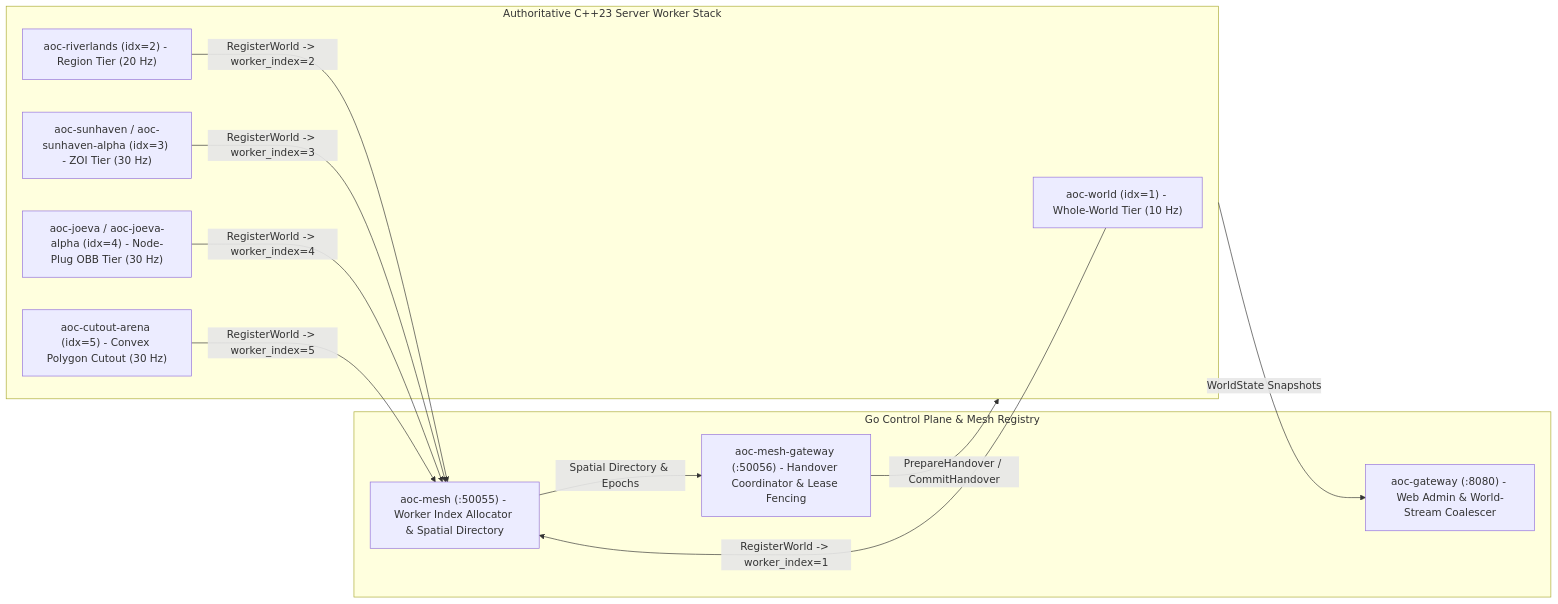
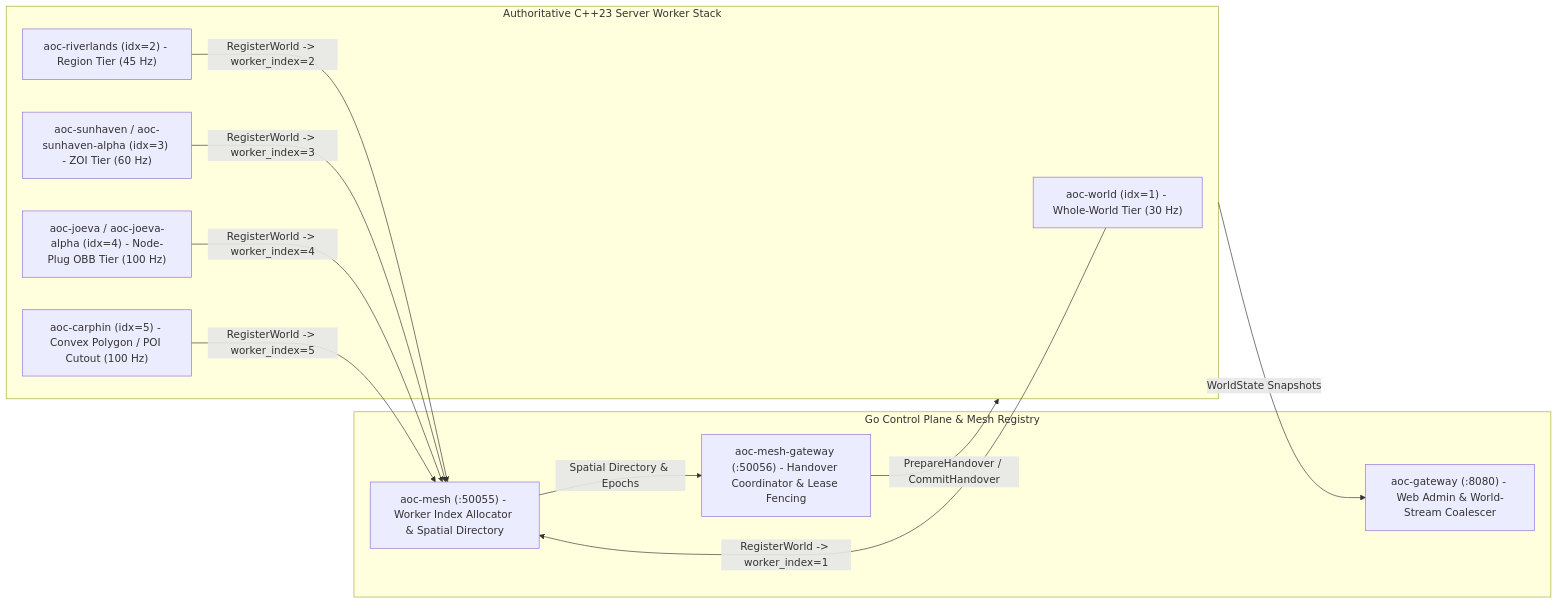
Before and after one commit to debuggin/SandalCore: the first of 2 diagrams in docs/SERVER_WORKERS.md, drawn with Mermaid. The commit also changed other lines of this file and 114 other files, not shown here.

First line of the commit message:
feat(world-admin): add Verra calendar, tier 5/6 layouts & 26-plan bots

````diff
--- a/docs/SERVER_WORKERS.md
+++ b/docs/SERVER_WORKERS.md
@@ -66,25 +66,25 @@
 ```mermaid
 flowchart LR
     subgraph ControlPlane["Go Control Plane & Mesh Registry"]
         Mesh["aoc-mesh (:50055) - Worker Index Allocator & Spatial Directory"]
         Gateway["aoc-mesh-gateway (:50056) - Handover Coordinator & Lease Fencing"]
         AdminGw["aoc-gateway (:8080) - Web Admin & World-Stream Coalescer"]
     end
 
     subgraph WorkerStack["Authoritative C++23 Server Worker Stack"]
-        WWorld["aoc-world (idx=1) - Whole-World Tier (10 Hz)"]
-        WRegion["aoc-riverlands (idx=2) - Region Tier (20 Hz)"]
-        WZOI["aoc-sunhaven / aoc-sunhaven-alpha (idx=3) - ZOI Tier (30 Hz)"]
-        WPlug["aoc-joeva / aoc-joeva-alpha (idx=4) - Node-Plug OBB Tier (30 Hz)"]
-        WPoly["aoc-cutout-arena (idx=5) - Convex Polygon Cutout (30 Hz)"]
+        WWorld["aoc-world (idx=1) - Whole-World Tier (30 Hz)"]
+        WRegion["aoc-riverlands (idx=2) - Region Tier (45 Hz)"]
+        WZOI["aoc-sunhaven / aoc-sunhaven-alpha (idx=3) - ZOI Tier (60 Hz)"]
+        WPlug["aoc-joeva / aoc-joeva-alpha (idx=4) - Node-Plug OBB Tier (100 Hz)"]
+        WPoly["aoc-carphin (idx=5) - Convex Polygon / POI Cutout (100 Hz)"]
     end
 
     WWorld -->|"RegisterWorld -> worker_index=1"| Mesh
     WRegion -->|"RegisterWorld -> worker_index=2"| Mesh
     WZOI -->|"RegisterWorld -> worker_index=3"| Mesh
     WPlug -->|"RegisterWorld -> worker_index=4"| Mesh
     WPoly -->|"RegisterWorld -> worker_index=5"| Mesh
     Mesh -->|"Spatial Directory & Epochs"| Gateway
     Gateway -->|"PrepareHandover / CommitHandover"| WorkerStack
     WorkerStack -->|"WorldState Snapshots"| AdminGw
 ```
````
